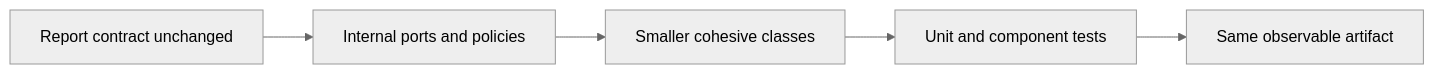
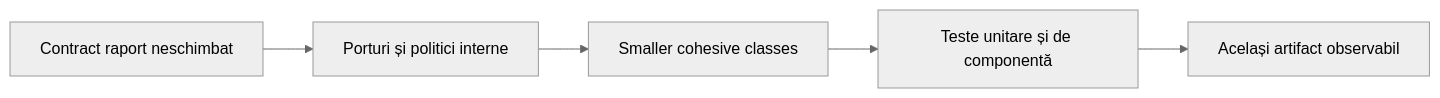
One commit to crististefanita/CS1 changed the first of 5 diagrams in README.md. Above: the diagram before and after it, drawn with Mermaid (neutral theme). The commit also changed other lines of this file and 28 other files, not shown here.

````diff
--- a/README.md
+++ b/README.md
@@ -35,7 +35,7 @@
 ```mermaid
 flowchart LR
-    Contract[Report contract unchanged] --> Ports[Internal ports and policies]
+    Contract[Contract raport neschimbat] --> Ports[Porturi și politici interne]
     Ports --> Cohesion[Smaller cohesive classes]
-    Cohesion --> Tests[Unit and component tests]
-    Tests --> Proof[Same observable artifact]
+    Cohesion --> Tests[Teste unitare și de componentă]
+    Tests --> Proof[Același artifact observabil]
 ```
````
